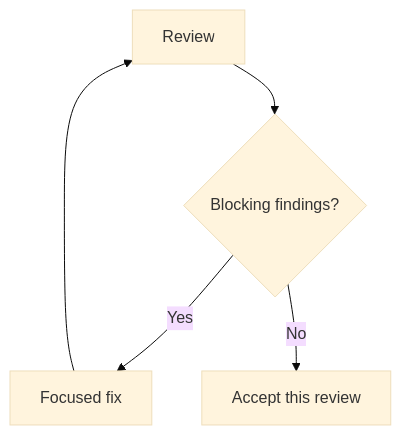
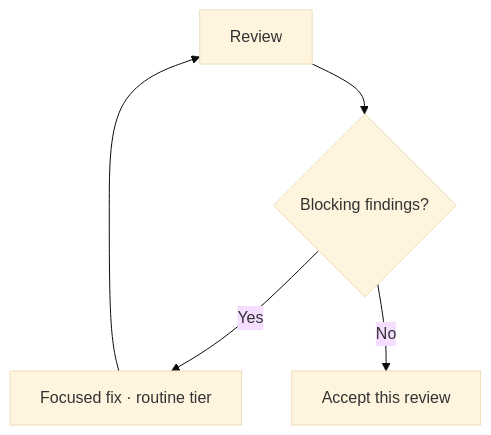
One commit to alefranz/AgenticAle changed the second of 2 diagrams in docs/skills/work/index.md. Above: the diagram before and after it, drawn with Mermaid (base theme). The commit also changed other lines of this file and 12 other files, not shown here.

````diff
--- a/docs/skills/work/index.md
+++ b/docs/skills/work/index.md
@@ -56,7 +68,7 @@
 ```mermaid
 flowchart TD
     Review[Review] --> Findings{Blocking findings?}
-    Findings -->|Yes| Fix[Focused fix]
+    Findings -->|Yes| Fix[Focused fix · routine tier]
     Fix --> Review
     Findings -->|No| Accepted[Accept this review]
 ```
````
